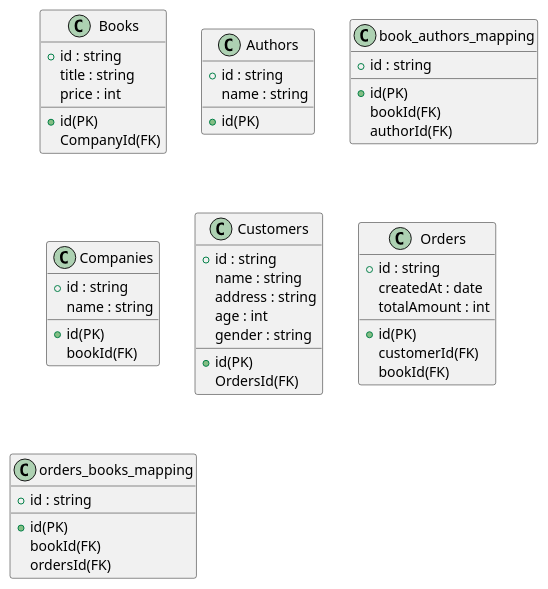
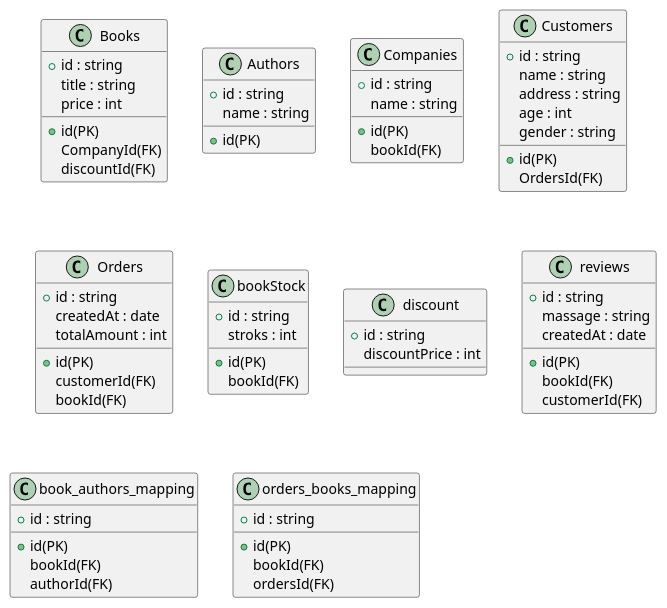
The diagram in tables.pu (elabo-M0458/DB), drawn with PlantUML before and after one commit. The commit also changed 1 other file, not shown here.

```diff
--- a/tables.pu
+++ b/tables.pu
@@ -1,63 +1,89 @@
 @startuml
 class Books {
     +id : string
     title : string
     price : int
 }
 
 Books : +id(PK)
 Books : CompanyId(FK)
+Books : discountId(FK)
 
 class Authors {
     +id : string
     name : string
 }
 
 Authors : +id(PK)
-
-class book_authors_mapping{
-    +id : string
-}
-
-book_authors_mapping : +id(PK)
-book_authors_mapping : bookId(FK)
-book_authors_mapping : authorId(FK)
 
 class Companies{
     +id : string
     name : string
 }
 
 Companies : +id(PK)
 Companies : bookId(FK)
 
 class Customers{
     +id : string
     name : string
     address : string
     age : int
     gender : string 
 }
 
 Customers : +id(PK)
 Customers : OrdersId(FK)
 
 class Orders{
     +id : string
     createdAt : date
     totalAmount : int 
 }
 
 Orders : +id(PK)
 Orders : customerId(FK)
 Orders : bookId(FK)
 
+class bookStock{
+    +id : string
+    stroks : int
+}
+
+bookStock : +id(PK)
+bookStock : bookId(FK)
+
+class discount{
+    +id : string
+    discountPrice : int
+}
+
+'下記中間テーブルです。
+class reviews{
+    +id : string
+    massage : string
+    createdAt : date
+}
+
+reviews : +id(PK)
+reviews : bookId(FK)
+reviews : customerId(FK)
+
+class book_authors_mapping{
+    +id : string
+}
+
+book_authors_mapping : +id(PK)
+book_authors_mapping : bookId(FK)
+book_authors_mapping : authorId(FK)
+
+
 class orders_books_mapping{
     +id : string
 }
 
 orders_books_mapping : +id(PK)
 orders_books_mapping : bookId(FK)
 orders_books_mapping : ordersId(FK)
 
 @enduml
```
